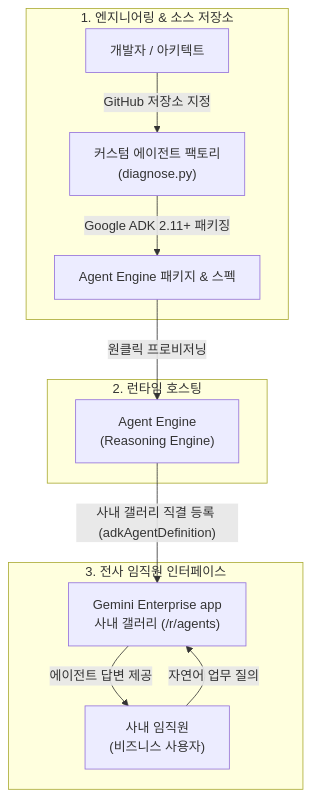
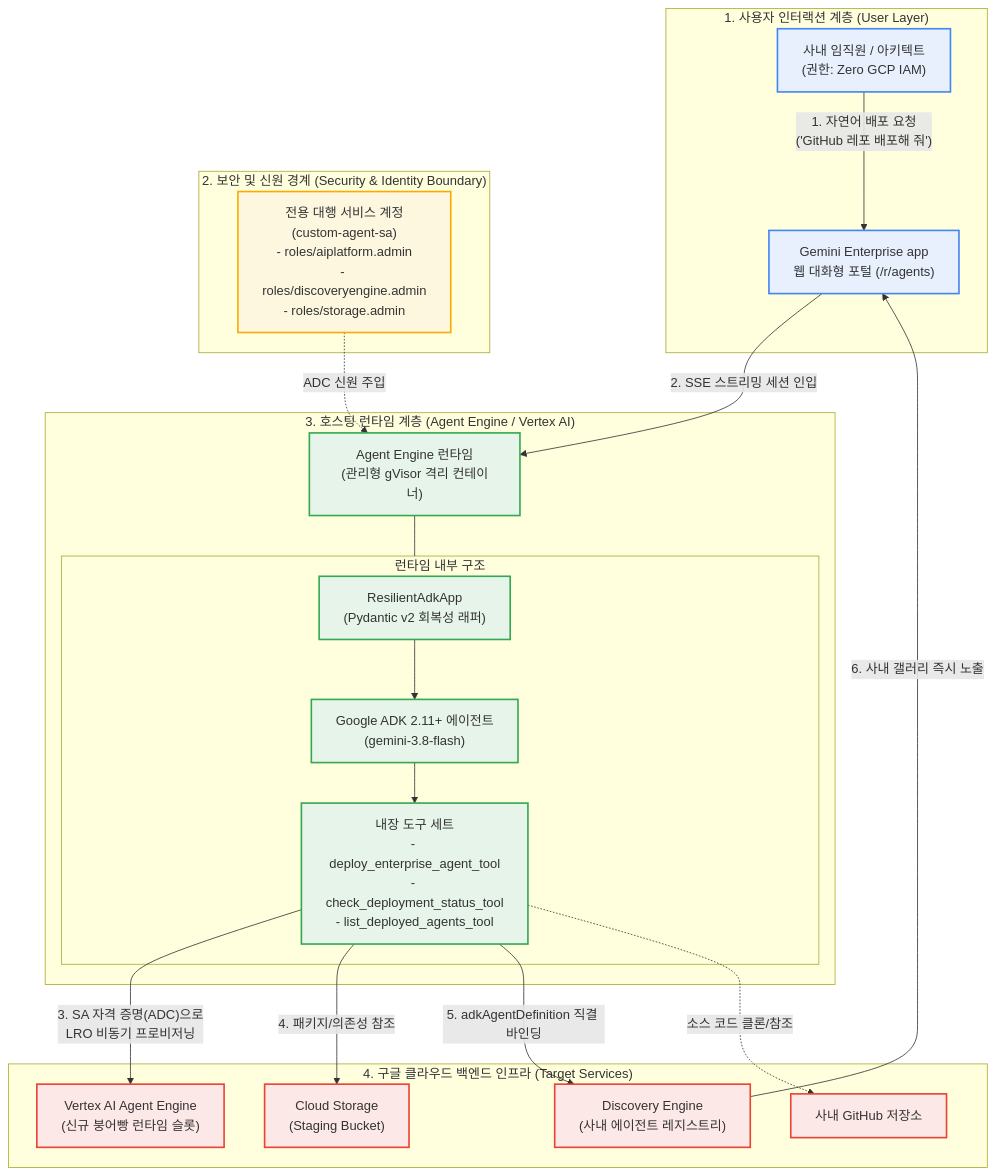
Before and after one commit to jiangjun-forge/google-cloud-0-to-1: the diagram in samples/gemini-enterprise-copilot-custom/README.md, drawn with Mermaid. The commit also changed other lines of this file and 4 other files, not shown here.

Commit message:
Update solution diagrams

````diff
--- a/samples/gemini-enterprise-copilot-custom/README.md
+++ b/samples/gemini-enterprise-copilot-custom/README.md
@@ -110,17 +110,42 @@
 ```mermaid
 flowchart TB
-    subgraph Dev["1. 엔지니어링 & 소스 저장소"]
-        A["개발자 / 아키텍트"] -->|"GitHub 저장소 지정"| B["커스텀 에이전트 팩토리<br/>(diagnose.py)"]
-        B -->|"Google ADK 2.11+ 패키징"| C["Agent Engine 패키지 & 스펙"]
+    subgraph Client["1. 사용자 인터랙션 계층 (User Layer)"]
+        User["사내 임직원 / 아키텍트<br/>(권한: Zero GCP IAM)"] -->|"1. 자연어 배포 요청<br/>('GitHub 레포 배포해 줘')"| GEApp["Gemini Enterprise app<br/>웹 대화형 포털 (/r/agents)"]
     end
 
-    subgraph Runtime["2. 런타임 호스팅"]
-        C -->|"원클릭 프로비저닝"| D["Agent Engine<br/>(Reasoning Engine)"]
+    subgraph Security["2. 보안 및 신원 경계 (Security & Identity Boundary)"]
+        SA["전용 대행 서비스 계정<br/>(custom-agent-sa)<br/>- roles/aiplatform.admin<br/>- roles/discoveryengine.admin<br/>- roles/storage.admin"]
     end
 
-    subgraph Portal["3. 전사 임직원 인터페이스"]
-        D -->|"사내 갤러리 직결 등록 (adkAgentDefinition)"| F["Gemini Enterprise app<br/>사내 갤러리 (/r/agents)"]
-        G["사내 임직원<br/>(비즈니스 사용자)"] -->|"자연어 업무 질의"| F
-        F -->|"에이전트 답변 제공"| G
+    subgraph Runtime["3. 호스팅 런타임 계층 (Agent Engine / Vertex AI)"]
+        GEApp -->|"2. SSE 스트리밍 세션 인입"| Engine["Agent Engine 런타임<br/>(관리형 gVisor 격리 컨테이너)"]
+        
+        subgraph InsideEngine["런타임 내부 구조"]
+            Wrapper["ResilientAdkApp<br/>(Pydantic v2 회복성 래퍼)"]
+            ADK["Google ADK 2.11+ 에이전트<br/>(gemini-3.8-flash)"]
+            Tools["내장 도구 세트<br/>- deploy_enterprise_agent_tool<br/>- check_deployment_status_tool<br/>- list_deployed_agents_tool"]
+            Wrapper --> ADK --> Tools
+        end
+        Engine --- InsideEngine
     end
+
+    subgraph Backend["4. 구글 클라우드 백엔드 인프라 (Target Services)"]
+        Tools -->|"3. SA 자격 증명(ADC)으로<br/>LRO 비동기 프로비저닝"| RE["Vertex AI Agent Engine<br/>(신규 붕어빵 런타임 슬롯)"]
+        Tools -->|"4. 패키지/의존성 참조"| GCS["Cloud Storage<br/>(Staging Bucket)"]
+        Tools -->|"5. adkAgentDefinition 직결 바인딩"| DiscEng["Discovery Engine<br/>(사내 에이전트 레지스트리)"]
+        Tools -.->|"소스 코드 클론/참조"| Git["사내 GitHub 저장소"]
+    end
+
+    SA -.->|"ADC 신원 주입"| Engine
+    DiscEng -->|"6. 사내 갤러리 즉시 노출"| GEApp
+
+    classDef portal fill:#e8f0fe,stroke:#4285f4,stroke-width:2px;
+    classDef security fill:#fef7e0,stroke:#f9ab00,stroke-width:2px;
+    classDef runtime fill:#e6f4ea,stroke:#34a853,stroke-width:2px;
+    classDef backend fill:#fce8e6,stroke:#ea4335,stroke-width:2px;
+
+    class User,GEApp portal;
+    class SA security;
+    class Engine,Wrapper,ADK,Tools runtime;
+    class RE,GCS,DiscEng,Git backend;
 ```
````
